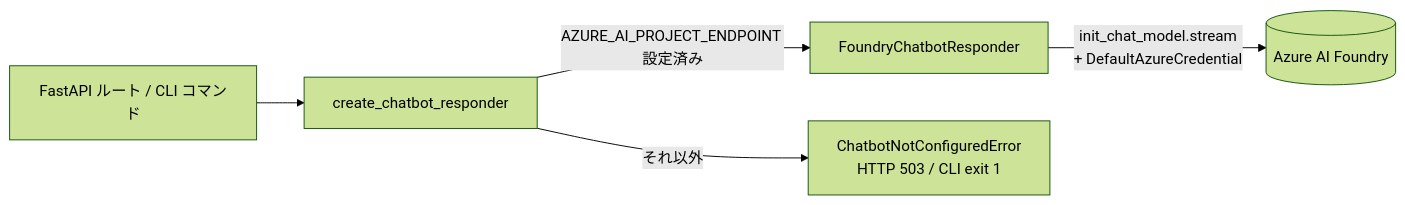
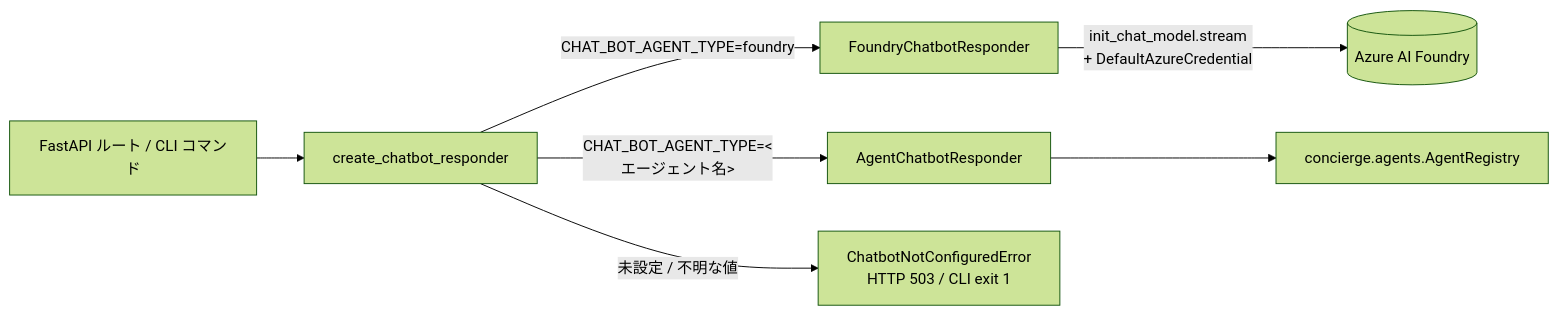
One commit to ks6088ts-labs/concierge changed the second of 2 diagrams in docs/chat/index.ja.md. Above: the diagram before and after it, drawn with Mermaid (forest theme). The commit also changed other lines of this file and 13 other files, not shown here.

Commit message:
feat(chat): replace CHAT_RESPONDER_BACKEND with CHAT_BOT_AGENT_TYPE and update related documentation

````diff
--- a/docs/chat/index.ja.md
+++ b/docs/chat/index.ja.md
@@ -239,7 +240,9 @@
 ```mermaid
 flowchart LR
     Caller[FastAPI ルート / CLI コマンド] --> Factory[create_chatbot_responder]
-    Factory -->|AZURE_AI_PROJECT_ENDPOINT 設定済み| Foundry[FoundryChatbotResponder]
-    Factory -->|それ以外| Error[ChatbotNotConfiguredError\nHTTP 503 / CLI exit 1]
+    Factory -->|CHAT_BOT_AGENT_TYPE=foundry| Foundry[FoundryChatbotResponder]
+    Factory -->|CHAT_BOT_AGENT_TYPE=<エージェント名>| Agent[AgentChatbotResponder]
+    Factory -->|未設定 / 不明な値| Error[ChatbotNotConfiguredError\nHTTP 503 / CLI exit 1]
     Foundry -->|init_chat_model.stream<br/>+ DefaultAzureCredential| Azure[(Azure AI Foundry)]
+    Agent --> Registry[concierge.agents.AgentRegistry]
 ```
````
